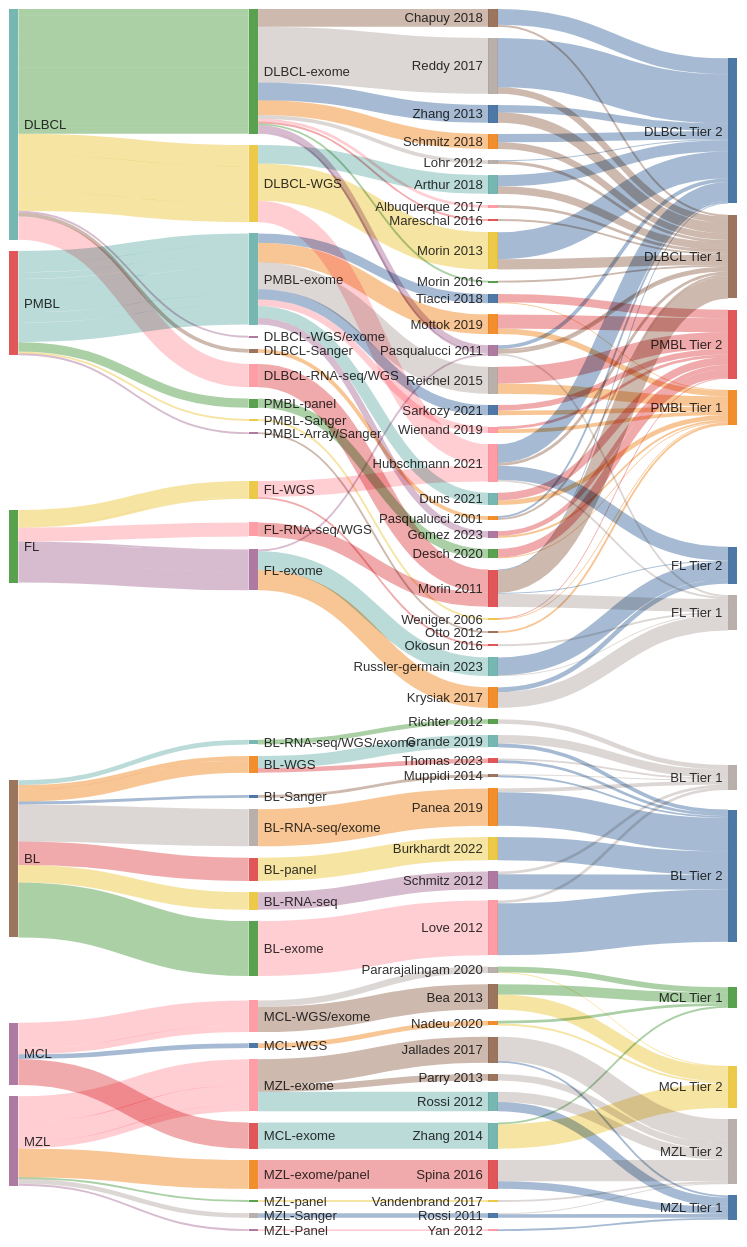
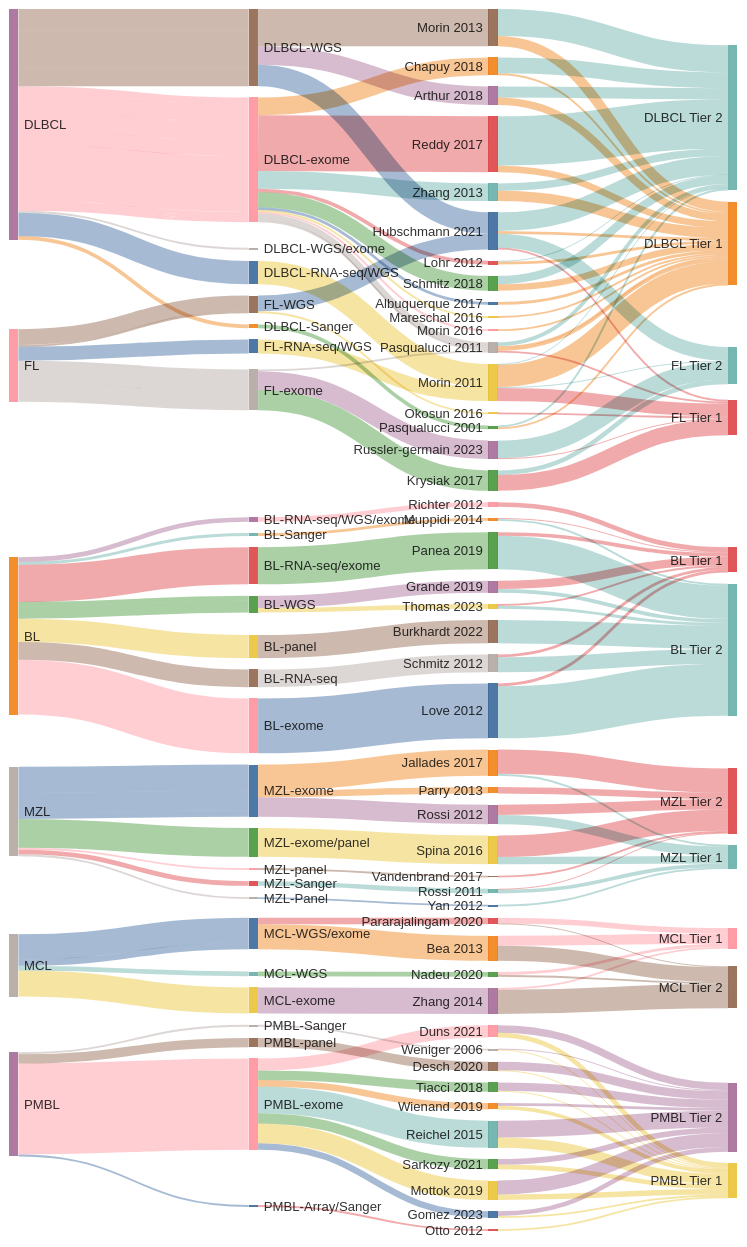
One commit to morinlab/lymphopedia changed the diagram in Home.md. Above: the diagram before and after it, drawn with Mermaid.

````diff
--- a/Home.md
+++ b/Home.md
@@ -26,45 +26,6 @@
     nodeAlignment: left
 ---
 sankey-beta
-Tiacci 2018, PMBL Tier 1, 1
-Tiacci 2018, PMBL Tier 2, 9
-Duns 2021, PMBL Tier 1, 5
-Duns 2021, PMBL Tier 2, 8
-Desch 2020, PMBL Tier 1, 1
-Desch 2020, PMBL Tier 2, 9
-Weniger 2006, PMBL Tier 1, 1
-Weniger 2006, PMBL Tier 2, 1
-Gomez 2023, PMBL Tier 1, 2
-Gomez 2023, PMBL Tier 2, 5
-Wienand 2019, PMBL Tier 1, 4
-Wienand 2019, PMBL Tier 2, 3
-Otto 2012, PMBL Tier 1, 2
-Reichel 2015, PMBL Tier 1, 11
-Reichel 2015, PMBL Tier 2, 18
-Sarkozy 2021, PMBL Tier 1, 5
-Sarkozy 2021, PMBL Tier 2, 6
-Mottok 2019, PMBL Tier 1, 6
-Mottok 2019, PMBL Tier 2, 15
-PMBL, PMBL-exome, 13
-PMBL-exome, Duns 2021, 13
-PMBL, PMBL-exome, 10
-PMBL-exome, Tiacci 2018, 10
-PMBL, PMBL-panel, 10
-PMBL-panel, Desch 2020, 10
-PMBL, PMBL-exome, 7
-PMBL-exome, Gomez 2023, 7
-PMBL, PMBL-Sanger, 2
-PMBL-Sanger, Weniger 2006, 2
-PMBL, PMBL-exome, 7
-PMBL-exome, Wienand 2019, 7
-PMBL, PMBL-exome, 29
-PMBL-exome, Reichel 2015, 29
-PMBL, PMBL-Array/Sanger, 2
-PMBL-Array/Sanger, Otto 2012, 2
-PMBL, PMBL-exome, 11
-PMBL-exome, Sarkozy 2021, 11
-PMBL, PMBL-exome, 21
-PMBL-exome, Mottok 2019, 21
 Albuquerque 2017, DLBCL Tier 1, 3
 Lohr 2012, DLBCL Tier 1, 3
 Lohr 2012, DLBCL Tier 2, 1
@@ -215,4 +176,44 @@
 Jallades 2017, MZL Tier 2, 26
 Rossi 2011, MZL Tier 1, 4
 Rossi 2011, MZL Tier 2, 1
+Tiacci 2018, PMBL Tier 1, 1
+Tiacci 2018, PMBL Tier 2, 9
+Duns 2021, PMBL Tier 1, 5
+Duns 2021, PMBL Tier 2, 8
+Desch 2020, PMBL Tier 1, 1
+Desch 2020, PMBL Tier 2, 9
+Weniger 2006, PMBL Tier 1, 1
+Weniger 2006, PMBL Tier 2, 1
+Gomez 2023, PMBL Tier 1, 2
+Gomez 2023, PMBL Tier 2, 5
+Wienand 2019, PMBL Tier 1, 4
+Wienand 2019, PMBL Tier 2, 3
+Otto 2012, PMBL Tier 1, 2
+Reichel 2015, PMBL Tier 1, 11
+Reichel 2015, PMBL Tier 2, 18
+Sarkozy 2021, PMBL Tier 1, 5
+Sarkozy 2021, PMBL Tier 2, 6
+Mottok 2019, PMBL Tier 1, 6
+Mottok 2019, PMBL Tier 2, 15
+PMBL, PMBL-exome, 13
+PMBL-exome, Duns 2021, 13
+PMBL, PMBL-exome, 10
+PMBL-exome, Tiacci 2018, 10
+PMBL, PMBL-panel, 10
+PMBL-panel, Desch 2020, 10
+PMBL, PMBL-exome, 7
+PMBL-exome, Gomez 2023, 7
+PMBL, PMBL-Sanger, 2
+PMBL-Sanger, Weniger 2006, 2
+PMBL, PMBL-exome, 7
+PMBL-exome, Wienand 2019, 7
+PMBL, PMBL-exome, 29
+PMBL-exome, Reichel 2015, 29
+PMBL, PMBL-Array/Sanger, 2
+PMBL-Array/Sanger, Otto 2012, 2
+PMBL, PMBL-exome, 11
+PMBL-exome, Sarkozy 2021, 11
+PMBL, PMBL-exome, 21
+PMBL-exome, Mottok 2019, 21
+
 ```
````
